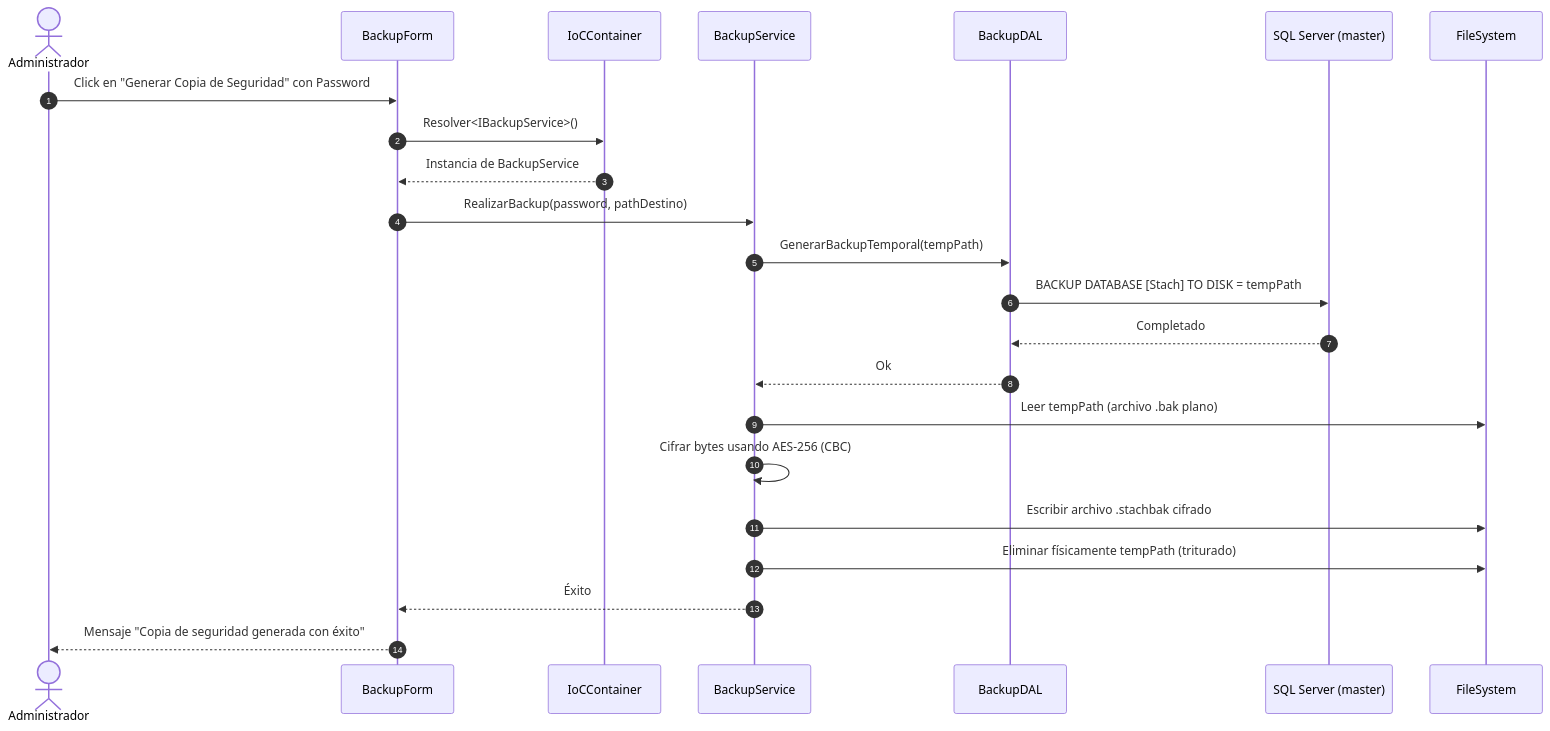
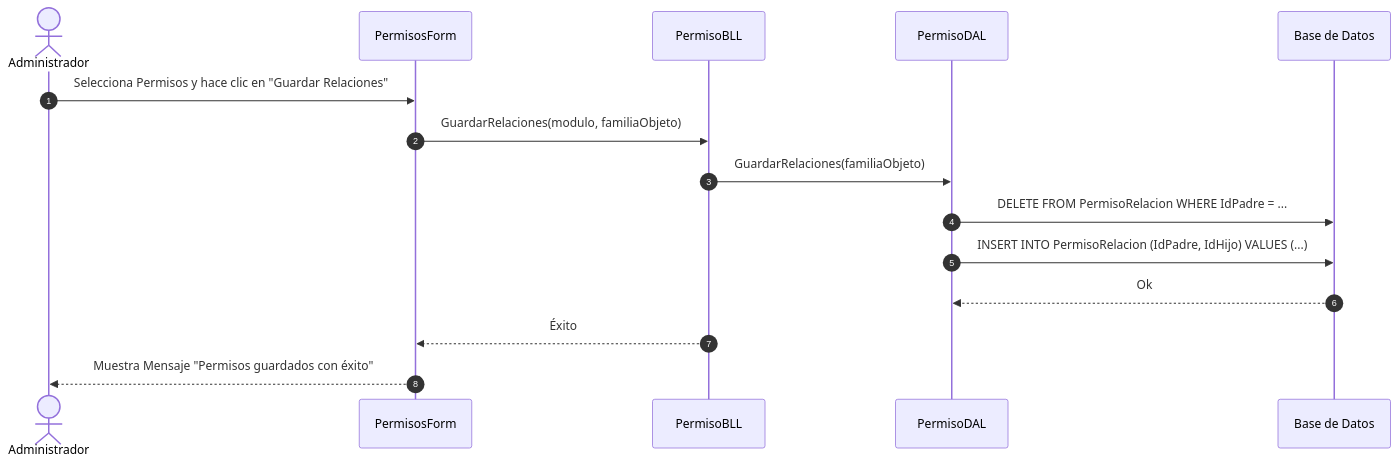
Diagram 14 of 25 in Documentacion/diagrams_code.md (LautiSmyth/Stach), drawn with Mermaid before and after one commit. The commit also changed other lines of this file, not shown here.

Commit message:
Docs: Restructurar codigos de diagramas organizados por Entrega 1 y Entrega 2 de Excel

````diff
--- a/Documentacion/diagrams_code.md
+++ b/Documentacion/diagrams_code.md
@@ -423,26 +357,18 @@
 ```mermaid
 sequenceDiagram
     autonumber
     actor Admin as Administrador
-    participant GUI as BackupForm
-    participant IoC as IoCContainer
-    participant Srv as BackupService
-    participant DAL as BackupDAL
-    participant DB as SQL Server (master)
-    participant FS as FileSystem
+    participant GUI as PermisosForm
+    participant BLL as PermisoBLL
+    participant DAL as PermisoDAL
+    participant DB as Base de Datos
 
-    Admin->>GUI: Click en "Generar Copia de Seguridad" con Password
-    GUI->>IoC: Resolver<IBackupService>()
-    IoC-->>GUI: Instancia de BackupService
-    GUI->>Srv: RealizarBackup(password, pathDestino)
-    Srv->>DAL: GenerarBackupTemporal(tempPath)
-    DAL->>DB: BACKUP DATABASE [Stach] TO DISK = tempPath
-    DB-->>DAL: Completado
-    DAL-->>Srv: Ok
-    Srv->>FS: Leer tempPath (archivo .bak plano)
-    Srv->>Srv: Cifrar bytes usando AES-256 (CBC)
-    Srv->>FS: Escribir archivo .stachbak cifrado
-    Srv->>FS: Eliminar físicamente tempPath (triturado)
-    Srv-->>GUI: Éxito
-    GUI-->>Admin: Mensaje "Copia de seguridad generada con éxito"
+    Admin->>GUI: Selecciona Permisos y hace clic en "Guardar Relaciones"
+    GUI->>BLL: GuardarRelaciones(modulo, familiaObjeto)
+    BLL->>DAL: GuardarRelaciones(familiaObjeto)
+    DAL->>DB: DELETE FROM PermisoRelacion WHERE IdPadre = ...
+    DAL->>DB: INSERT INTO PermisoRelacion (IdPadre, IdHijo) VALUES (...)
+    DB-->>DAL: Ok
+    BLL-->>GUI: Éxito
+    GUI-->>Admin: Muestra Mensaje "Permisos guardados con éxito"
 ```
````
